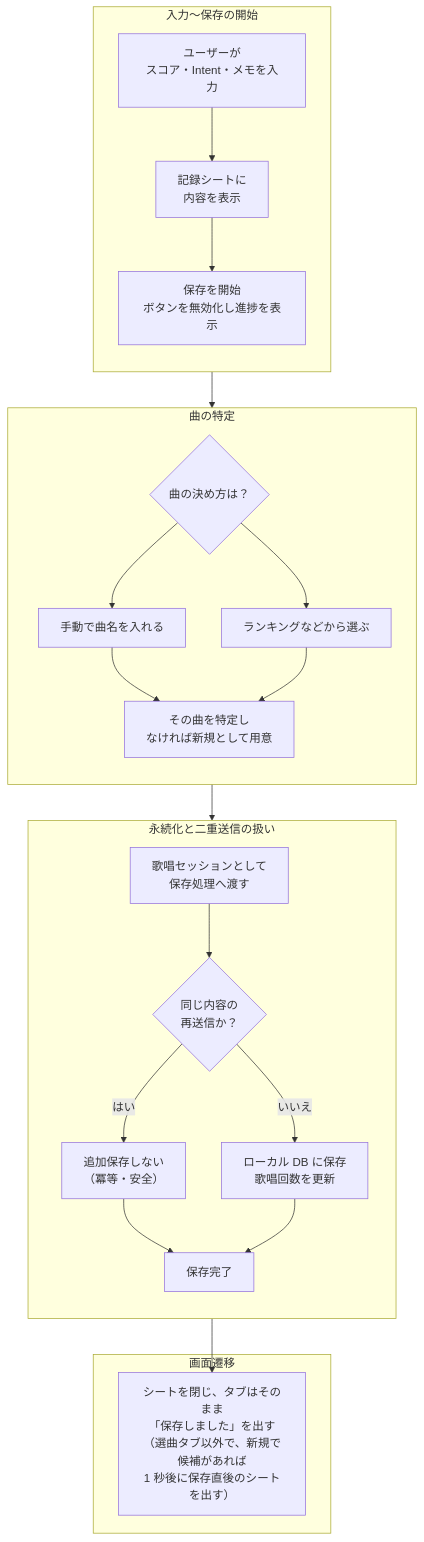
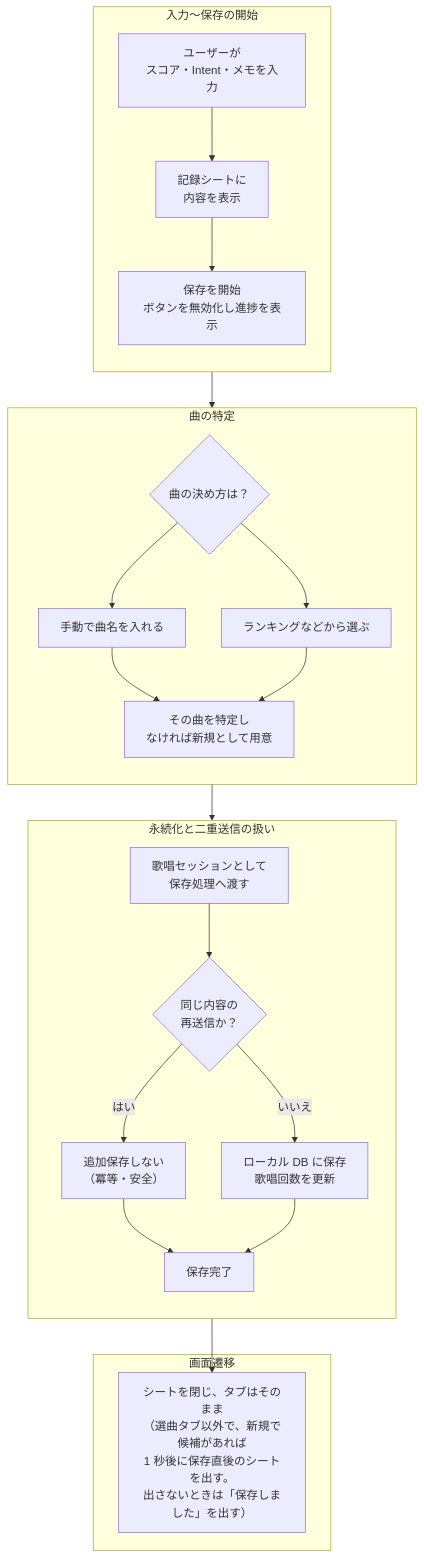
The first of 4 diagrams in docs/architecture.md (omomi-moti/Karaoke_support), drawn with Mermaid before and after one commit. The commit also changed other lines of this file and 4 other files, not shown here.

````diff
--- a/docs/architecture.md
+++ b/docs/architecture.md
@@ -52,44 +52,44 @@
 ```mermaid
 flowchart TB
     subgraph S1["入力〜保存の開始"]
         direction TB
         A["ユーザーが<br>スコア・Intent・メモを入力"]
         B["記録シートに<br>内容を表示"]
         C["保存を開始<br>ボタンを無効化し進捗を表示"]
         A --> B --> C
     end
 
     subgraph S2["曲の特定"]
         direction TB
         D{曲の決め方は？}　
         E["手動で曲名を入れる"]
         R["ランキングなどから選ぶ"]
         T["その曲を特定し<br>なければ新規として用意"]
         D --> E
         D --> R
         E --> T
         R --> T
     end
 
     subgraph S3["永続化と二重送信の扱い"]
         direction TB
         F["歌唱セッションとして<br>保存処理へ渡す"]
         G{"同じ内容の<br>再送信か？"}
         H["追加保存しない<br>（冪等・安全）"]
         I["ローカル DB に保存<br>歌唱回数を更新"]
         J["保存完了"]
         F --> G
         G -->|はい| H
         G -->|いいえ| I
         H --> J
         I --> J
     end
 
     subgraph S4["画面遷移"]
-        K["シートを閉じ、タブはそのまま<br>「保存しました」を出す<br>（選曲タブ以外で、新規で候補があれば<br>1 秒後に保存直後のシートを出す）"]
+        K["シートを閉じ、タブはそのまま<br>（選曲タブ以外で、新規で候補があれば<br>1 秒後に保存直後のシートを出す。<br>出さないときは「保存しました」を出す）"]
     end
 
     C --> D
     T --> F
     J --> K
 ```
````
